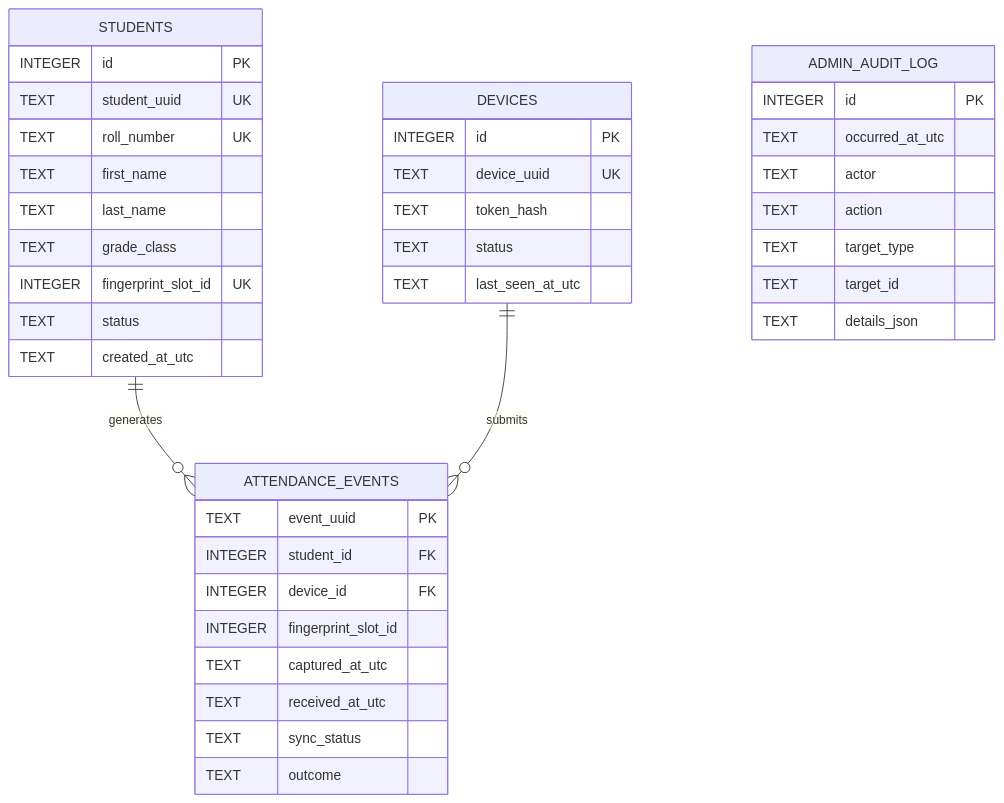
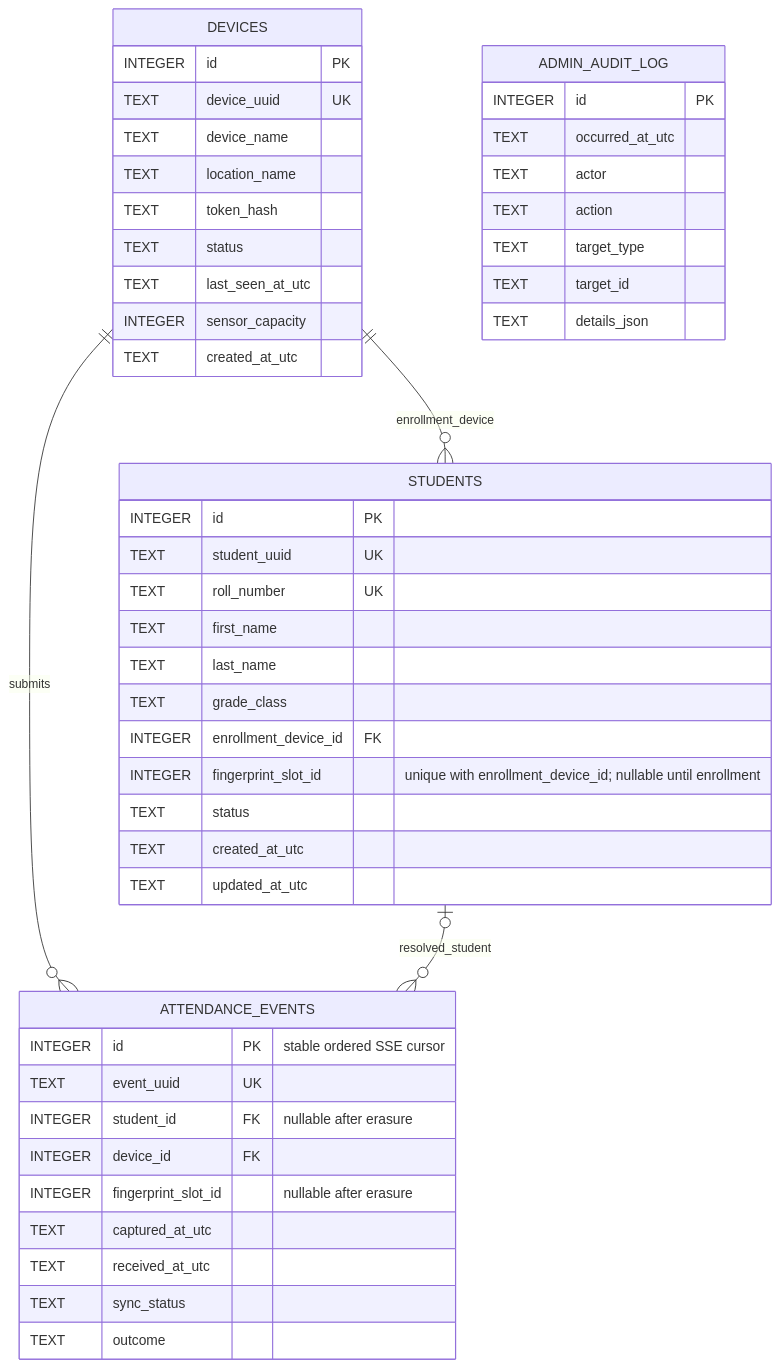
The diagram in diagrams/database.mmd (Wireshreck/biometric-attendance), drawn with Mermaid before and after one commit. The commit also changed 63 other files, not shown here.

Commit message:
feat: add SQLite schema v1 and Obsidian handoff workspace

```diff
--- a/diagrams/database.mmd
+++ b/diagrams/database.mmd
@@ -1,41 +1,49 @@
 erDiagram
-  STUDENTS ||--o{ ATTENDANCE_EVENTS : generates
+  DEVICES ||--o{ STUDENTS : enrollment_device
   DEVICES ||--o{ ATTENDANCE_EVENTS : submits
+  STUDENTS o|--o{ ATTENDANCE_EVENTS : resolved_student
 
   STUDENTS {
     INTEGER id PK
     TEXT student_uuid UK
     TEXT roll_number UK
     TEXT first_name
     TEXT last_name
     TEXT grade_class
-    INTEGER fingerprint_slot_id UK
+    INTEGER enrollment_device_id FK
+    INTEGER fingerprint_slot_id "unique with enrollment_device_id; nullable until enrollment"
     TEXT status
     TEXT created_at_utc
+    TEXT updated_at_utc
   }
   DEVICES {
     INTEGER id PK
     TEXT device_uuid UK
+    TEXT device_name
+    TEXT location_name
     TEXT token_hash
     TEXT status
     TEXT last_seen_at_utc
+    INTEGER sensor_capacity
+    TEXT created_at_utc
   }
   ATTENDANCE_EVENTS {
-    TEXT event_uuid PK
-    INTEGER student_id FK
+    INTEGER id PK "stable ordered SSE cursor"
+    TEXT event_uuid UK
+    INTEGER student_id FK "nullable after erasure"
     INTEGER device_id FK
-    INTEGER fingerprint_slot_id
+    INTEGER fingerprint_slot_id "nullable after erasure"
     TEXT captured_at_utc
     TEXT received_at_utc
     TEXT sync_status
     TEXT outcome
   }
   ADMIN_AUDIT_LOG {
     INTEGER id PK
     TEXT occurred_at_utc
     TEXT actor
     TEXT action
     TEXT target_type
     TEXT target_id
     TEXT details_json
   }
```
